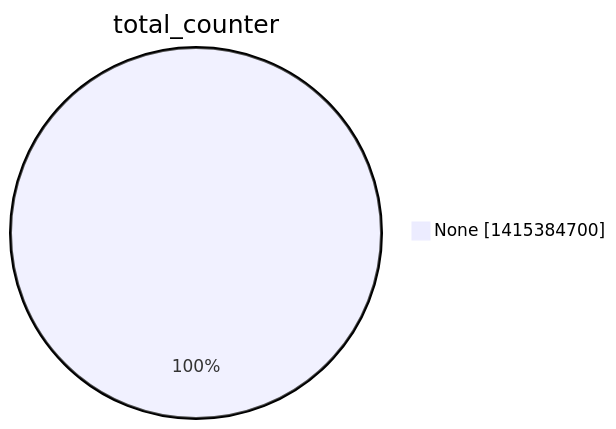
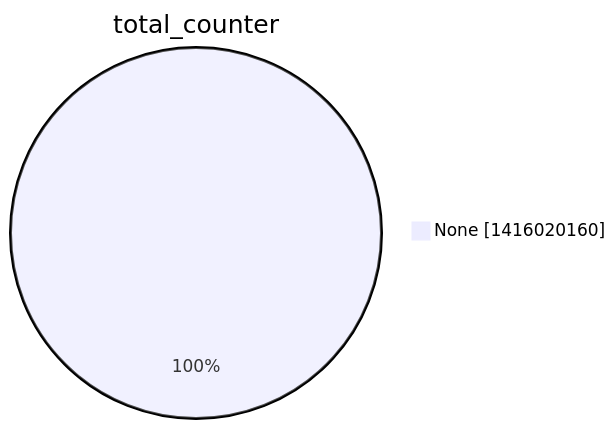
The second of 15 diagrams in argon2022/README.md (christiankrug/ctmonitor_visualization), drawn with Mermaid before and after one commit. The commit also changed other lines of this file, not shown here.

````diff
--- a/argon2022/README.md
+++ b/argon2022/README.md
@@ -9,5 +9,5 @@
 ```mermaid
 pie showData
 title total_counter
-"None" :1415384700
+"None" :1416020160
 ```
````
